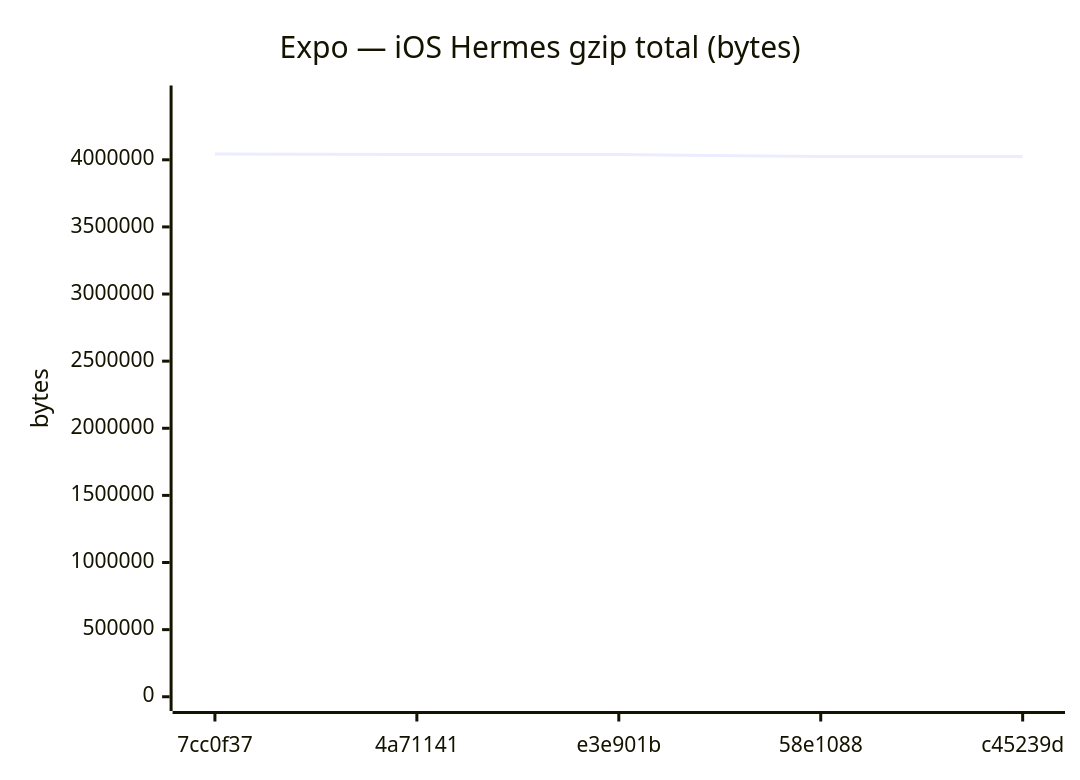
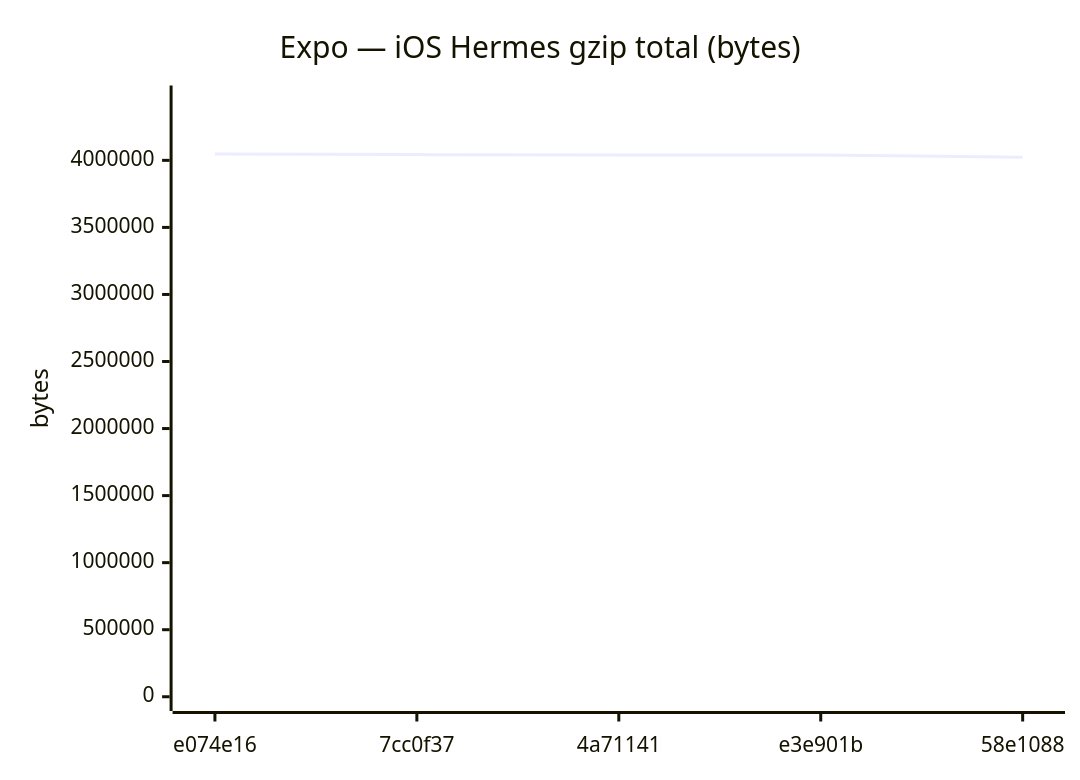
Before and after one commit to Metaheurist/Rianell: diagram 12 of 18 in benchmarks/compare.md, drawn with Mermaid. The commit also changed other lines of this file and 11 other files, not shown here.

````diff
--- a/benchmarks/compare.md
+++ b/benchmarks/compare.md
@@ -179,7 +179,7 @@
 ```mermaid
 xychart-beta
     title "Expo — iOS Hermes gzip total (bytes)"
-    x-axis ["7cc0f37", "4a71141", "e3e901b", "58e1088", "c45239d"]
-    y-axis "bytes" 0 --> 4447254
-    line [4042958, 4039809, 4039179, 4023650, 4023650]
+    x-axis ["e074e16", "7cc0f37", "4a71141", "e3e901b", "58e1088"]
+    y-axis "bytes" 0 --> 4451958
+    line [4047234, 4042958, 4039809, 4039179, 4023650]
 ```
````
